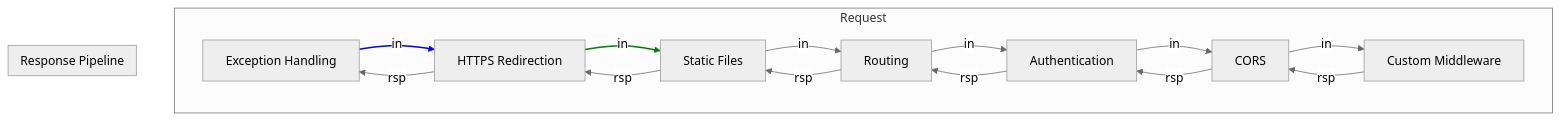
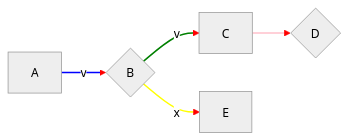
Before and after one commit to Rick-Anderson/Report: the diagram in midX.md, drawn with Mermaid (neutral theme).

````diff
--- a/midX.md
+++ b/midX.md
@@ -1,22 +1,13 @@
 ```mermaid
-graph TD;
-    subgraph Request 
-    A[Exception Handling] -->|in| B[HTTPS Redirection];
-    B -->|in| C[Static Files];
-    C -->|in| D[Routing];
-    D -->|in| E[Authentication];
-    E -->|in| F[CORS];
-    F -->|in| G[Custom Middleware];
-       linkStyle 0 stroke-width:2px,fill:none,stroke:blue;
-    end;
-    
-    subgraph Response Pipeline
-    G -->|rsp| F;
-    F -->|rsp| E;
-    E -->|rsp| D;
-    D -->|rsp| C;
-    C -->|rsp| B;
-    B -->|rsp| A;
-            linkStyle 1 stroke-width:2px,fill:none,stroke:green;
-    end;
+graph LR;
+        A--v-->B{B}
+        B-->|v|C[C]
+        B-- x -->Z[E]
+        C-->D{D};
+
+        linkStyle 0 stroke-width:2px,fill:none,stroke:blue;
+        linkStyle 1 stroke-width:2px,fill:none,stroke:green;
+        linkStyle 2 stroke-width:2px,fill:none,stroke:yellow;
+        linkStyle 3 stroke-width:2px,fill:none,stroke:pink;
+        linkStyle default stroke-width:2px,fill:none,stroke:red;
 ```
````
